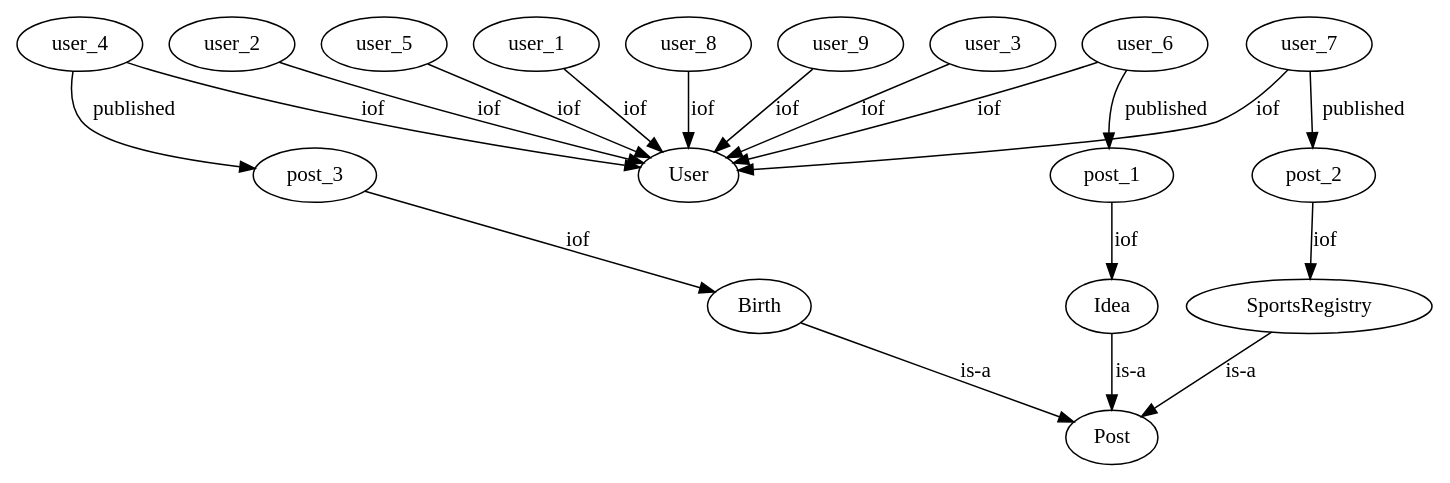
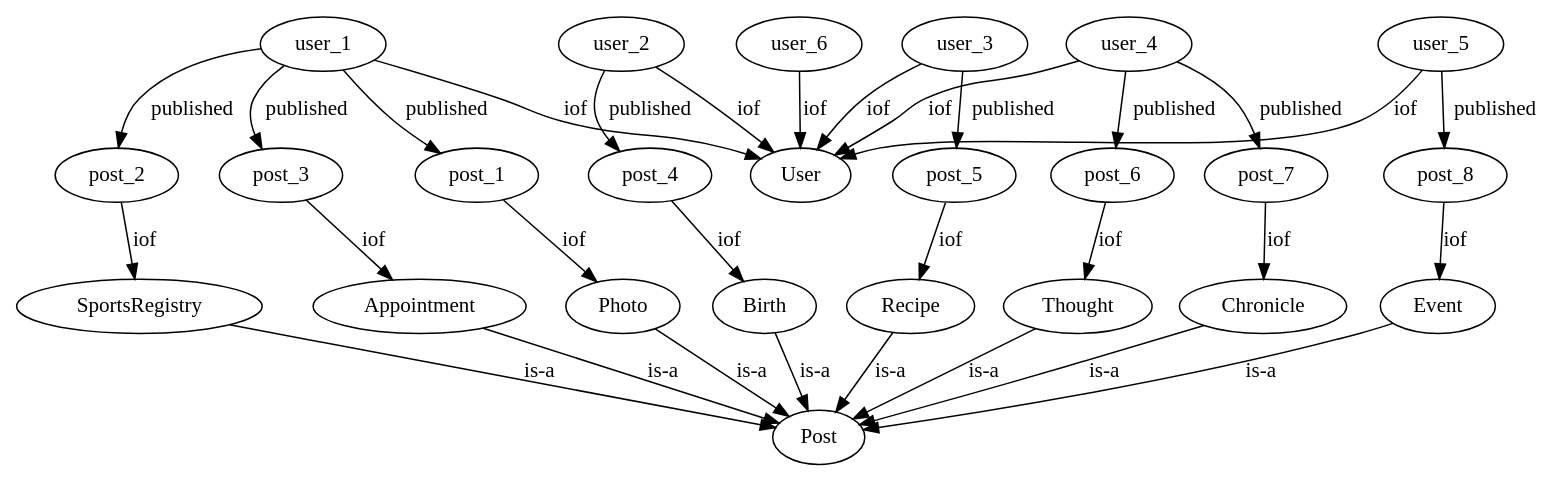
The diagram in Trabalho/GCS/output_DOT.dot (OctavioMaia/PLC_PRI), drawn with Graphviz before and after one commit. The commit also changed 5 other files, not shown here.

```diff
--- a/Trabalho/GCS/output_DOT.dot
+++ b/Trabalho/GCS/output_DOT.dot
@@ -1,1 +1,1 @@
-digraph IAm {"user_1" -> "User" [ label = "iof" ];"user_2" -> "User" [ label = "iof" ];"user_3" -> "User" [ label = "iof" ];"user_4" -> "User" [ label = "iof" ];"user_5" -> "User" [ label = "iof" ];"user_6" -> "User" [ label = "iof" ];"user_7" -> "User" [ label = "iof" ];"user_8" -> "User" [ label = "iof" ];"user_9" -> "User" [ label = "iof" ];"user_6" -> "post_1" [ label = "published" ];"post_1" -> "Idea" [ label = "iof" ];"Idea" -> "Post" [ label = "is-a" ];"user_7" -> "post_2" [ label = "published" ];"post_2" -> "SportsRegistry" [ label = "iof" ];"SportsRegistry" -> "Post" [ label = "is-a" ];"user_4" -> "post_3" [ label = "published" ];"post_3" -> "Birth" [ label = "iof" ];"Birth" -> "Post" [ label = "is-a" ];}
+digraph IAm {"user_1" -> "User" [ label = "iof" ];"user_2" -> "User" [ label = "iof" ];"user_3" -> "User" [ label = "iof" ];"user_4" -> "User" [ label = "iof" ];"user_5" -> "User" [ label = "iof" ];"user_6" -> "User" [ label = "iof" ];"user_1" -> "post_1" [ label = "published" ];"post_1" -> "Photo" [ label = "iof" ];"Photo" -> "Post" [ label = "is-a" ];"user_1" -> "post_2" [ label = "published" ];"post_2" -> "SportsRegistry" [ label = "iof" ];"SportsRegistry" -> "Post" [ label = "is-a" ];"user_1" -> "post_3" [ label = "published" ];"post_3" -> "Appointment" [ label = "iof" ];"Appointment" -> "Post" [ label = "is-a" ];"user_2" -> "post_4" [ label = "published" ];"post_4" -> "Birth" [ label = "iof" ];"Birth" -> "Post" [ label = "is-a" ];"user_3" -> "post_5" [ label = "published" ];"post_5" -> "Recipe" [ label = "iof" ];"Recipe" -> "Post" [ label = "is-a" ];"user_4" -> "post_6" [ label = "published" ];"post_6" -> "Thought" [ label = "iof" ];"Thought" -> "Post" [ label = "is-a" ];"user_4" -> "post_7" [ label = "published" ];"post_7" -> "Chronicle" [ label = "iof" ];"Chronicle" -> "Post" [ label = "is-a" ];"user_5" -> "post_8" [ label = "published" ];"post_8" -> "Event" [ label = "iof" ];"Event" -> "Post" [ label = "is-a" ];}
```
